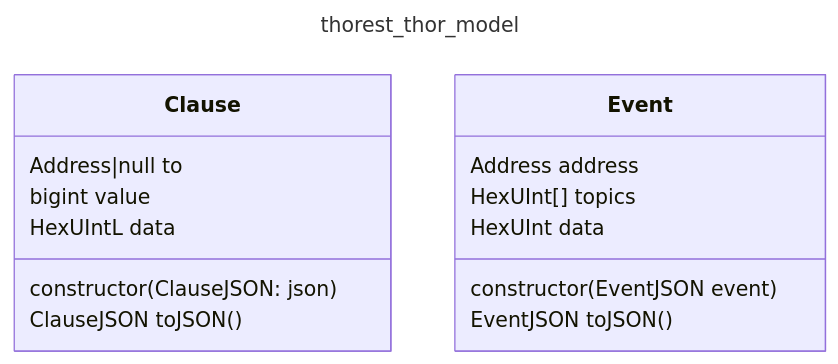
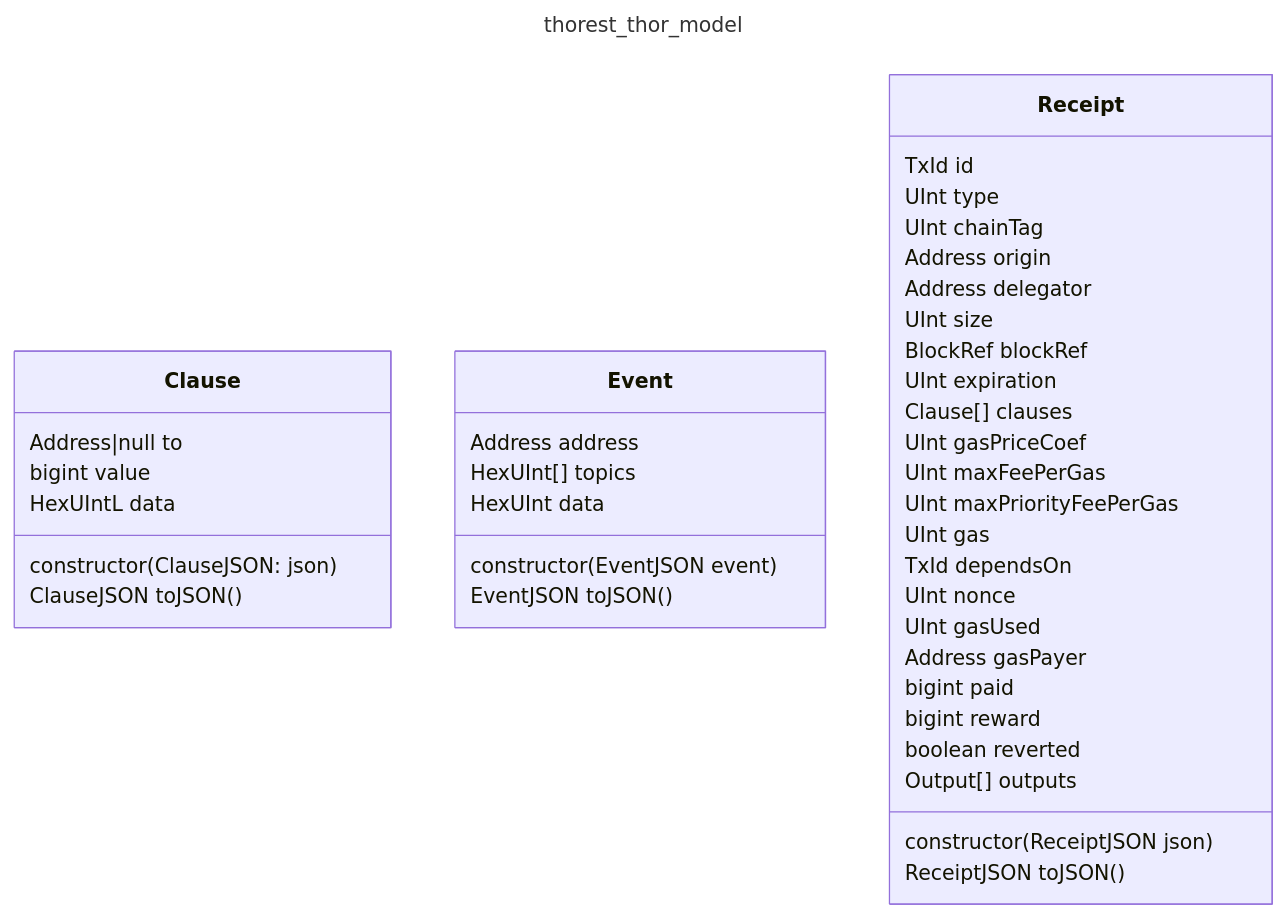
The diagram in docs/thorest/thor/model/model.mmd (vechain/vechain-sdk-js), drawn with Mermaid before and after one commit. The commit also changed 6 other files, not shown here.

```diff
--- a/docs/thorest/thor/model/model.mmd
+++ b/docs/thorest/thor/model/model.mmd
@@ -1,18 +1,43 @@
 ---
 title: thorest_thor_model
 ---
 classDiagram
     class Clause {
         Address|null to
         bigint value
         HexUIntL data
         constructor(ClauseJSON: json)
         ClauseJSON toJSON()
     }
     class Event {
         Address address
         HexUInt[] topics
         HexUInt data
         constructor(EventJSON event)
         EventJSON toJSON()
     }
+    class Receipt {
+        TxId id
+        UInt type
+        UInt chainTag
+        Address origin
+        Address delegator
+        UInt size
+        BlockRef blockRef
+        UInt expiration
+        Clause[] clauses
+        UInt gasPriceCoef
+        UInt maxFeePerGas
+        UInt maxPriorityFeePerGas
+        UInt gas
+        TxId dependsOn
+        UInt nonce
+        UInt gasUsed
+        Address gasPayer
+        bigint paid
+        bigint reward
+        boolean reverted
+        Output[] outputs
+        constructor(ReceiptJSON json)
+        ReceiptJSON toJSON()
+    }
```
